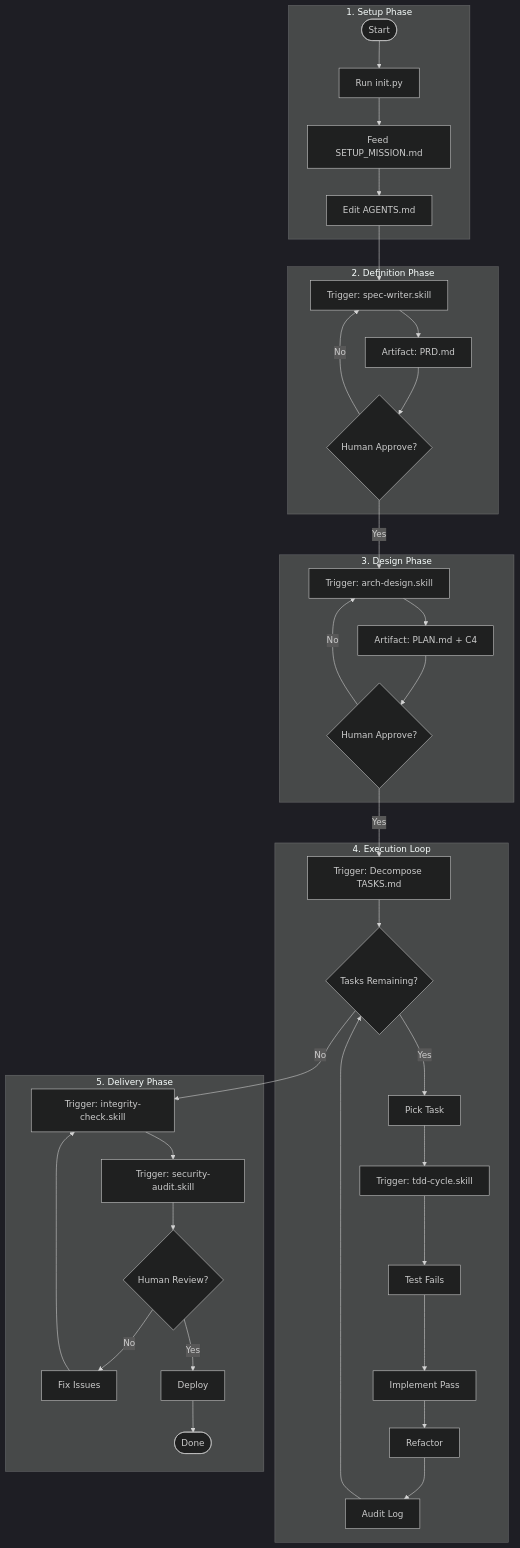
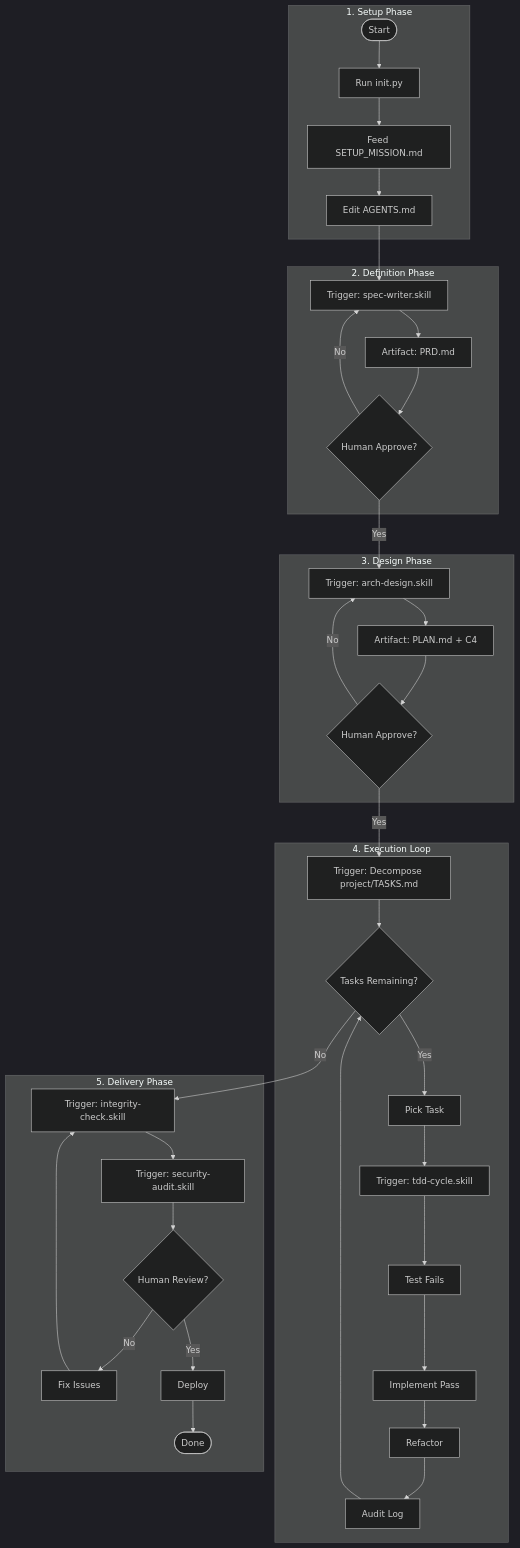
The second of 4 diagrams in README.md (andreibesleaga/GABBE), drawn with Mermaid (dark theme) before and after one commit. The commit also changed other lines of this file and 386 other files, not shown here.

````diff
--- a/README.md
+++ b/README.md
@@ -235,49 +235,49 @@
 ```mermaid
 graph TD
     %% Phase 1: Setup
     subgraph Setup [1. Setup Phase]
         Start([Start]) --> Init[Run init.py]
         Init --> Mission[Feed SETUP_MISSION.md]
         Mission --> Config[Edit AGENTS.md]
     end
 
     %% Phase 2: Definition
     subgraph Definition [2. Definition Phase]
         Config --> Spec[Trigger: spec-writer.skill]
         Spec --> PRD[Artifact: PRD.md]
         PRD --> Review1{Human Approve?}
         Review1 -- No --> Spec
     end
 
     %% Phase 3: Design
     subgraph Design [3. Design Phase]
         Review1 -- Yes --> Plan[Trigger: arch-design.skill]
         Plan --> Arch[Artifact: PLAN.md + C4]
         Arch --> Review2{Human Approve?}
         Review2 -- No --> Plan
     end
 
     %% Phase 4: Execution
     subgraph Execution [4. Execution Loop]
-        Review2 -- Yes --> Tasks[Trigger: Decompose TASKS.md]
+        Review2 -- Yes --> Tasks[Trigger: Decompose project/TASKS.md]
         Tasks --> LoopCheck{Tasks Remaining?}
         LoopCheck -- Yes --> Pick[Pick Task]
         Pick --> TDD[Trigger: tdd-cycle.skill]
         TDD --> Red[Test Fails]
         Red --> Green[Implement Pass]
         Green --> Refactor[Refactor]
         Refactor --> Verify[Audit Log]
         Verify --> LoopCheck
     end
 
     %% Phase 5: Delivery
     subgraph Delivery [5. Delivery Phase]
         LoopCheck -- No --> Integrity[Trigger: integrity-check.skill]
         Integrity --> Security[Trigger: security-audit.skill]
         Security --> HumanRev{Human Review?}
         HumanRev -- No --> Fix[Fix Issues]
         Fix --> Integrity
         HumanRev -- Yes --> Deploy[Deploy]
         Deploy --> End([Done])
     end
 ```
````
